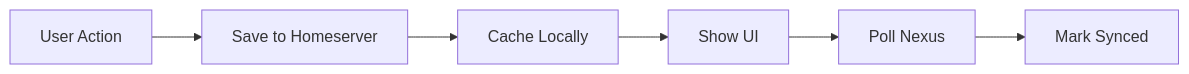
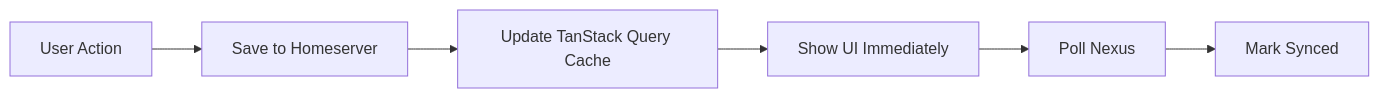
The first of 3 diagrams in docs/OPTIMISTIC_CACHING.md (gillohner/eventky), drawn with Mermaid before and after one commit. The commit also changed other lines of this file and 31 other files, not shown here.

````diff
--- a/docs/OPTIMISTIC_CACHING.md
+++ b/docs/OPTIMISTIC_CACHING.md
@@ -8,8 +13,8 @@
 ```mermaid
 flowchart LR
     A[User Action] --> B[Save to Homeserver]
-    B --> C[Cache Locally]
-    C --> D[Show UI]
+    B --> C[Update TanStack Query Cache]
+    C --> D[Show UI Immediately]
     D --> E[Poll Nexus]
     E --> F[Mark Synced]
 ```
````
